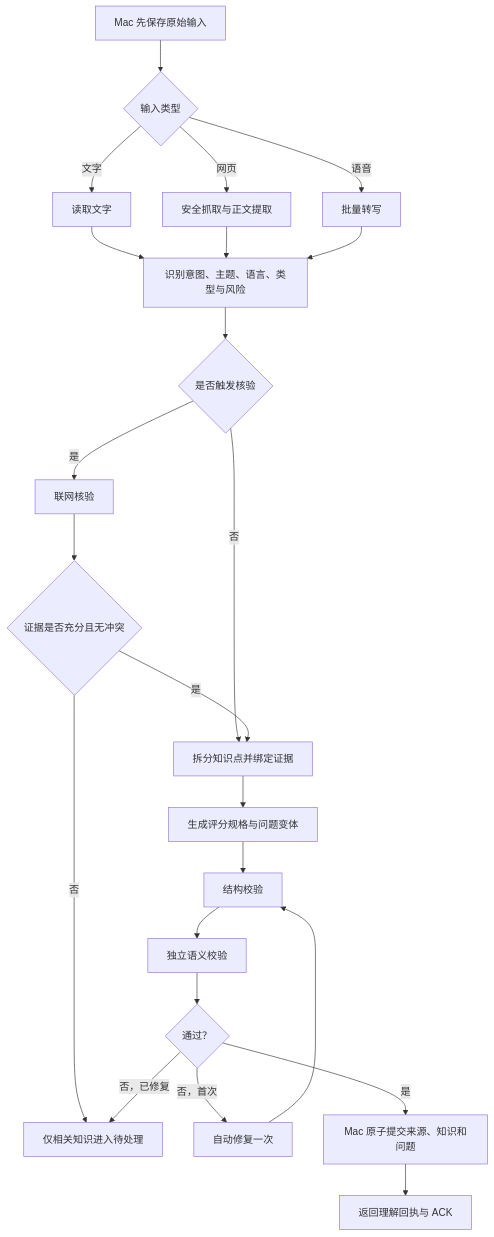
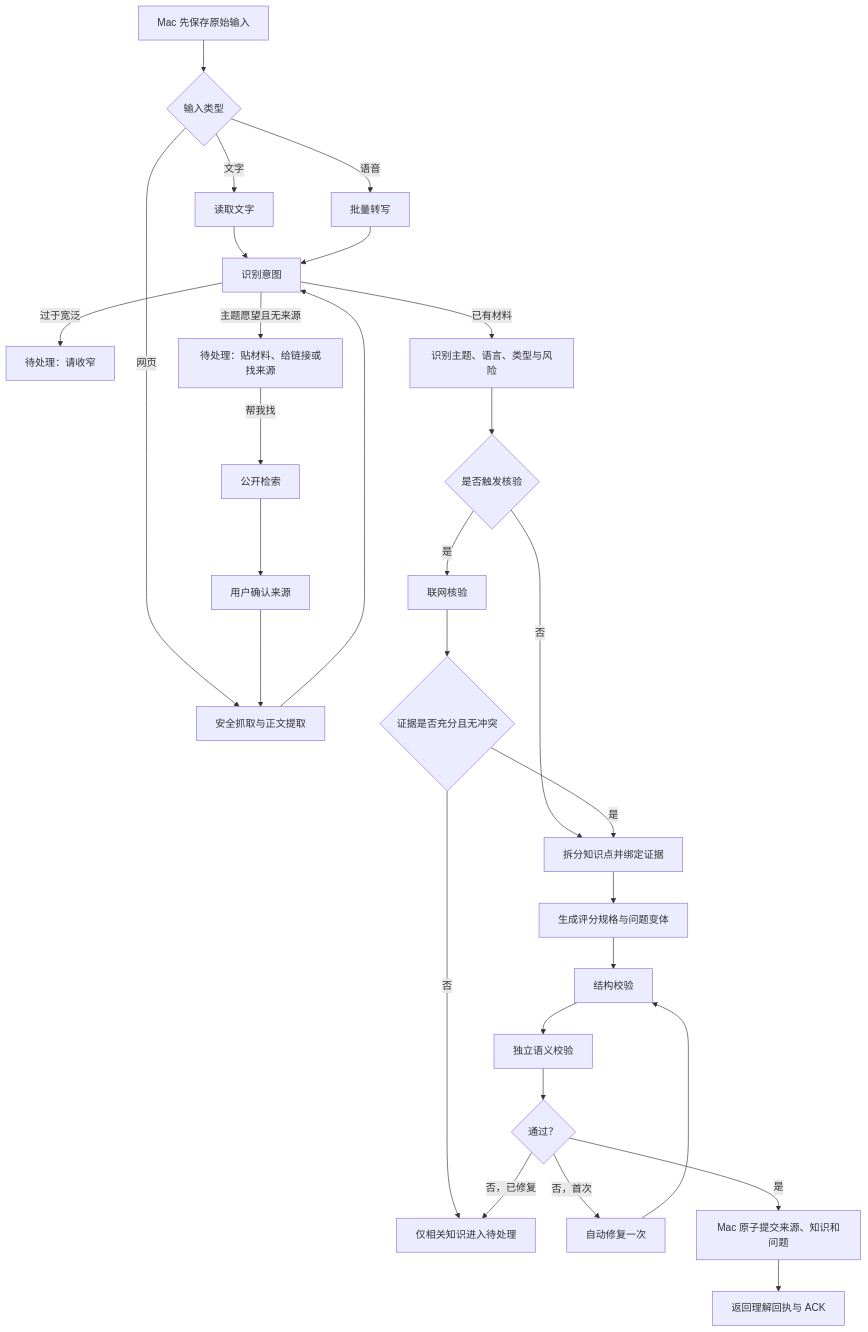
One commit to RexYoung000/Review_Today changed the second of 3 diagrams in docs/architecture.md. Above: the diagram before and after it, drawn with Mermaid. The commit also changed other lines of this file and 50 other files, not shown here.

````diff
--- a/docs/architecture.md
+++ b/docs/architecture.md
@@ -74,25 +74,31 @@
 ```mermaid
 flowchart TD
     A["Mac 先保存原始输入"] --> B{"输入类型"}
     B -->|"文字"| C["读取文字"]
     B -->|"网页"| D["安全抓取与正文提取"]
     B -->|"语音"| E["批量转写"]
-    C --> F["识别意图、主题、语言、类型与风险"]
+    C --> F["识别意图"]
     D --> F
     E --> F
-    F --> G{"是否触发核验"}
+    F -->|"过于宽泛"| K0["待处理：请收窄"]
+    F -->|"主题愿望且无来源"| K1["待处理：贴材料、给链接或找来源"]
+    K1 -->|"帮我找"| S["公开检索"]
+    S --> T["用户确认来源"]
+    T --> D
+    F -->|"已有材料"| R0["识别主题、语言、类型与风险"]
+    R0 --> G{"是否触发核验"}
     G -->|"否"| I["拆分知识点并绑定证据"]
     G -->|"是"| H["联网核验"]
     H --> J{"证据是否充分且无冲突"}
     J -->|"否"| K["仅相关知识进入待处理"]
     J -->|"是"| I
     I --> L["生成评分规格与问题变体"]
     L --> M["结构校验"]
     M --> N["独立语义校验"]
     N --> O{"通过？"}
     O -->|"否，首次"| P["自动修复一次"]
     P --> M
     O -->|"否，已修复"| K
     O -->|"是"| Q["Mac 原子提交来源、知识和问题"]
     Q --> R["返回理解回执与 ACK"]
 ```
````
